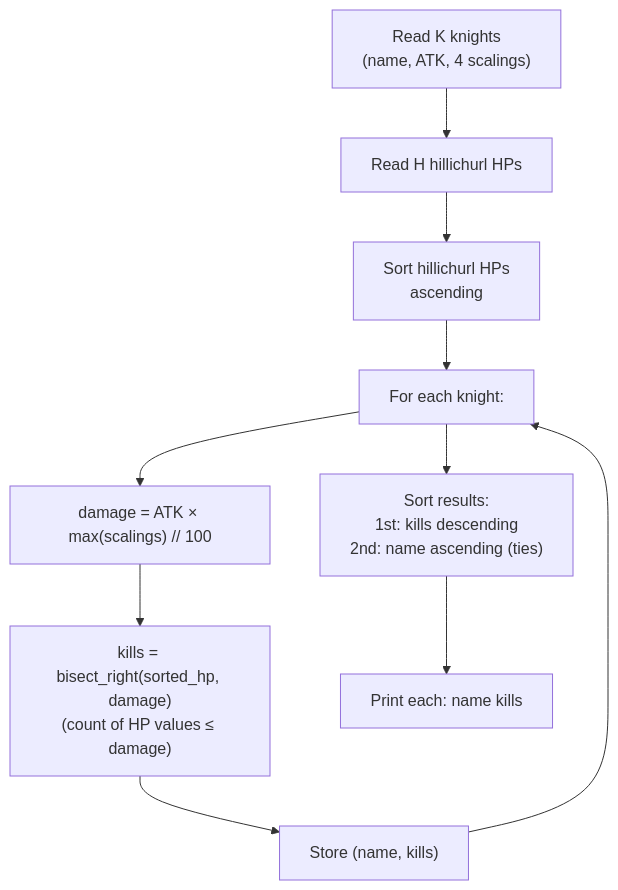
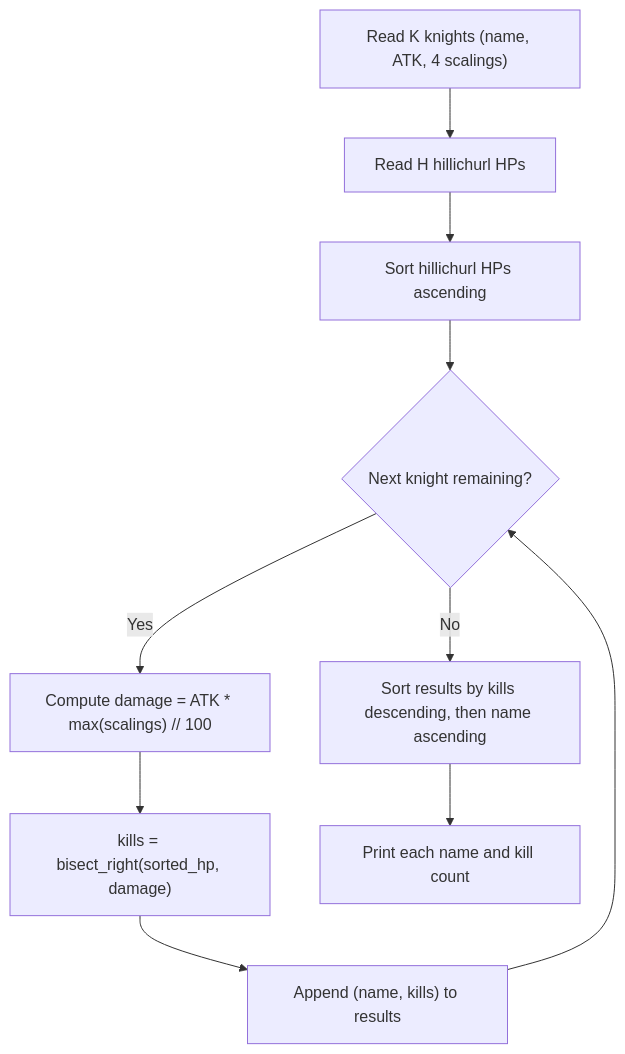
Before and after one commit to 2ru17/Project-Engram: the diagram in content/Main Notes/3rd Year/Term 1/CSALGCM/Module 2 - Divide and Conquer/Problem Sets/[PS] Empress Arcana Problems/01 - DPS Check in the Knights of Favonius.md, drawn with Mermaid. The commit also changed other lines of this file and 84 other files, not shown here.

````diff
--- a/content/Main Notes/3rd Year/Term 1/CSALGCM/Module 2 - Divide and Conquer/Problem Sets/[PS] Empress Arcana Problems/01 - DPS Check in the Knights of Favonius.md
+++ b/content/Main Notes/3rd Year/Term 1/CSALGCM/Module 2 - Divide and Conquer/Problem Sets/[PS] Empress Arcana Problems/01 - DPS Check in the Knights of Favonius.md
@@ -107,12 +129,12 @@
 ```mermaid
 flowchart TD
-    A["Read K knights\n(name, ATK, 4 scalings)"] --> B
-    B["Read H hillichurl HPs"] --> C
-    C["Sort hillichurl HPs\nascending"] --> D
-    D["For each knight:"] --> E
-    E["damage = ATK × max(scalings) // 100"] --> F
-    F["kills = bisect_right(sorted_hp, damage)\n(count of HP values ≤ damage)"] --> G
-    G["Store (name, kills)"] --> D
-    D --> H["Sort results:\n1st: kills descending\n2nd: name ascending (ties)"]
-    H --> I["Print each: name kills"]
+    A["Read K knights (name, ATK, 4 scalings)"] --> B["Read H hillichurl HPs"]
+    B --> C["Sort hillichurl HPs ascending"]
+    C --> D{"Next knight remaining?"}
+    D -->|"Yes"| E["Compute damage = ATK * max(scalings) // 100"]
+    E --> F["kills = bisect_right(sorted_hp, damage)"]
+    F --> G["Append (name, kills) to results"]
+    G --> D
+    D -->|"No"| H["Sort results by kills descending, then name ascending"]
+    H --> I["Print each name and kill count"]
 ```
````
